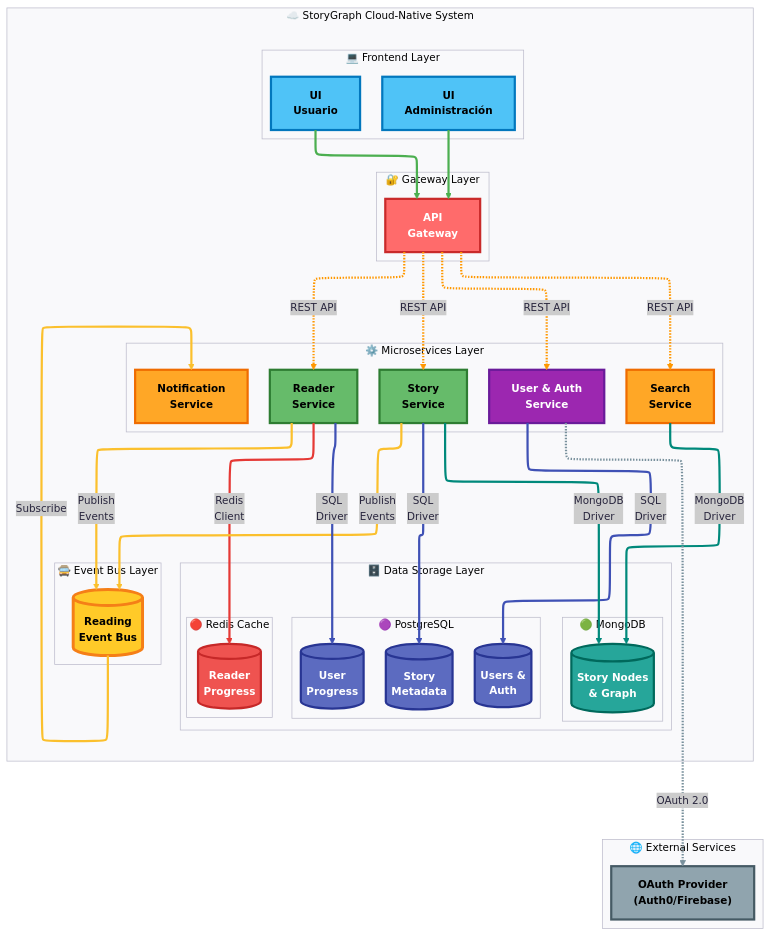
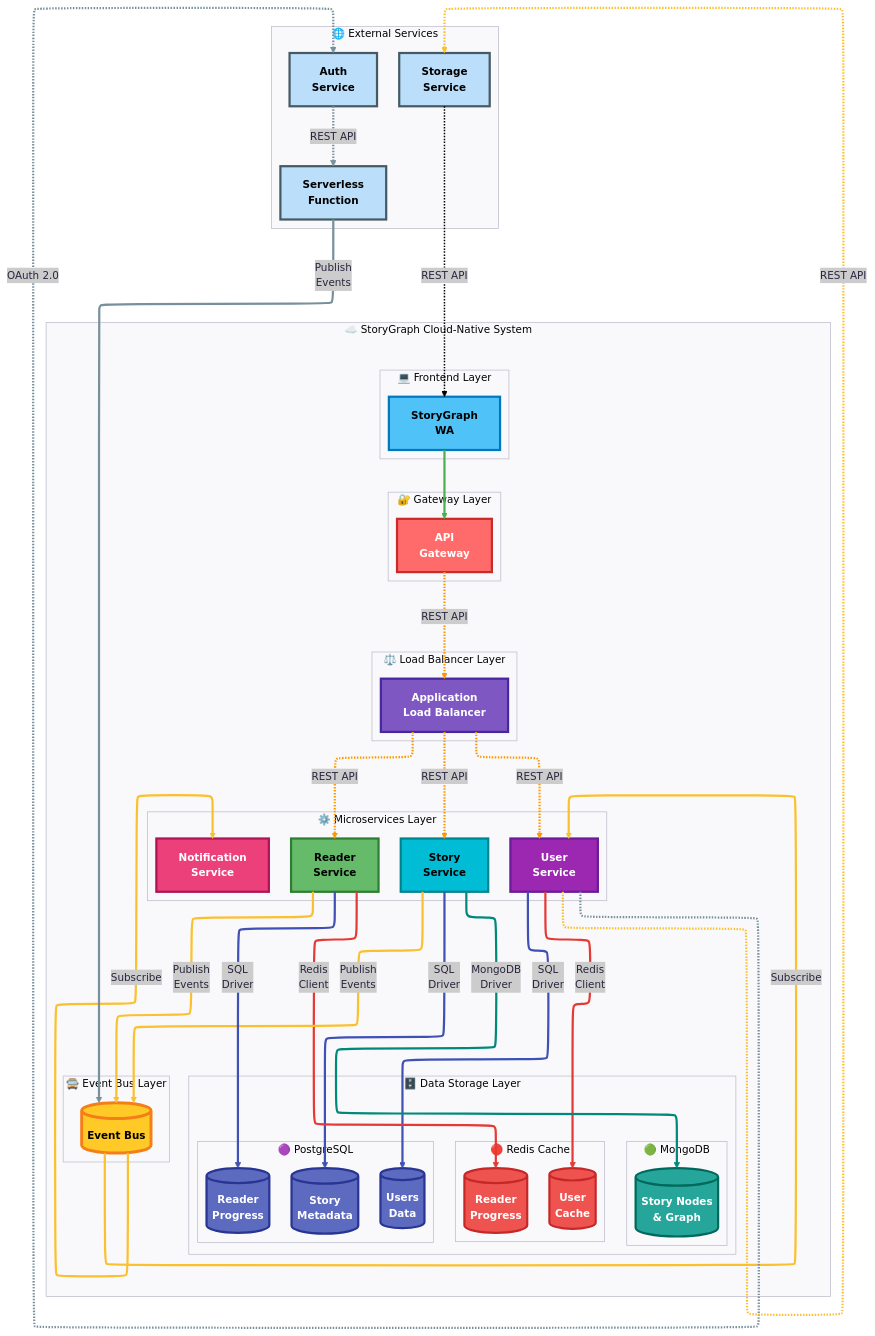
Before and after one commit to juclopezso/StoryGraph: the diagram in diagrams/C&C_CHART.mmd, drawn with Mermaid.

Commit message:
feat: udpated C&C diagram

```diff
--- a/diagrams/C&C_CHART.mmd
+++ b/diagrams/C&C_CHART.mmd
@@ -1,105 +1,125 @@
 ---
 config:
   layout: elk
   look: classic
   theme: redux
 ---
 flowchart TB
  subgraph Frontend["💻 Frontend Layer"]
-        USER["UI<br>Usuario"]
-        ADMIN["UI<br>Administración"]
+        USER["StoryGraph<br>WA"]
   end
  subgraph Gateway["🔐 Gateway Layer"]
         APIGW["API<br>Gateway"]
   end
+ subgraph LoadBalancer["⚖️ Load Balancer Layer"]
+        ALB["Application<br>Load Balancer"]
+  end
  subgraph Microservices["⚙️ Microservices Layer"]
-        PROFILE["User &amp; Auth<br>Service"]
+        PROFILE["User<br>Service"]
         STORY["Story<br>Service"]
         READER["Reader<br>Service"]
         NOTIFICATION["Notification<br>Service"]
-        SEARCH["Search<br>Service"]
   end
  subgraph BusDriver["🚍 Event Bus Layer"]
-        READING[("Reading<br>Event Bus")]
+        READING[("Event Bus")]
   end
  subgraph SQLDB["🟣 PostgreSQL"]
-        SQLAUTH[("Users &amp;<br>Auth")]
+        SQLAUTH[("Users<br>Data")]
         SQLMETA[("Story<br>Metadata")]
-        SQLPROGRESS[("User <br> Progress")]
+        SQLPROGRESS[("Reader<br> Progress")]
   end
  subgraph NoSQLDBCluster["🟢 MongoDB"]
         NoSQLSTORY[("Story Nodes<br>&amp; Graph")]
   end
  subgraph RedisCluster["🔴 Redis Cache"]
         REDISPROGRESS[("Reader<br>Progress")]
+        REDISUSER[("User<br>Cache")]
   end
  subgraph Databases["🗄️ Data Storage Layer"]
         SQLDB
         NoSQLDBCluster
         RedisCluster
   end
  subgraph Externos["🌐 External Services"]
-        OAUTH["OAuth Provider<br>(Auth0/Firebase)"]
+        OAUTH["Auth<br>Service"]
+        n2["Storage<br>Service"]
+        n3["Serverless<br>Function"]
   end
  subgraph Sistema["☁️ StoryGraph Cloud-Native System"]
         Frontend
         Gateway
+        LoadBalancer
         Microservices
         BusDriver
         Databases
   end
     USER ==> APIGW
-    ADMIN ==> APIGW
-    APIGW -. REST API .-> PROFILE & STORY & READER & SEARCH
+    APIGW -. REST API .-> ALB
+    ALB -. REST API .-> PROFILE & STORY & READER
     PROFILE -- SQL <br> Driver --> SQLAUTH
+    PROFILE -- Redis <br> Client --> REDISUSER
     STORY -- SQL <br> Driver --> SQLMETA
     STORY -- MongoDB <br> Driver --> NoSQLSTORY
     READER -- Redis <br> Client --> REDISPROGRESS
-    SEARCH -- MongoDB <br> Driver --> NoSQLSTORY
     STORY == Publish <br> Events ==> READING
     READER == Publish <br> Events ==> READING
     READING == Subscribe ==> NOTIFICATION
+    READING == Subscribe ==> PROFILE
     PROFILE -. "OAuth 2.0" .-> OAUTH
     READER -- SQL <br> Driver --> SQLPROGRESS
+    PROFILE -. REST API .-> n2
+    n3 == Publish <br> Events ==> READING
+    OAUTH -. REST API .-> n3
+    n2 -. REST API .-> USER
 
      USER:::frontend
-     ADMIN:::frontend
      APIGW:::gateway
+     ALB:::loadbalancer
      PROFILE:::authservice
-     STORY:::coreservice
+     STORY:::storyservice
      READER:::coreservice
-     NOTIFICATION:::supportservice
-     SEARCH:::supportservice
+     NOTIFICATION:::notifservice
      READING:::eventbus
      SQLAUTH:::sqldb
      SQLMETA:::sqldb
      SQLPROGRESS:::sqldb
      NoSQLSTORY:::nosqldb
      REDISPROGRESS:::redisdb
+     REDISUSER:::redisdb
      OAUTH:::external
+     n2:::external
+     n3:::external
     classDef frontend fill:#4FC3F7,stroke:#0277BD,stroke-width:3px,color:#000000,font-weight:bold
     classDef gateway fill:#FF6B6B,stroke:#C92A2A,stroke-width:3px,color:#FFFFFF,font-weight:bold
     classDef authservice fill:#9C27B0,stroke:#6A1B9A,stroke-width:3px,color:#FFFFFF,font-weight:bold
     classDef coreservice fill:#66BB6A,stroke:#2E7D32,stroke-width:3px,color:#000000,font-weight:bold
-    classDef supportservice fill:#FFA726,stroke:#EF6C00,stroke-width:3px,color:#000000,font-weight:bold
+    classDef storyservice fill:#00BCD4,stroke:#00838F,stroke-width:3px,color:#000000,font-weight:bold
+    classDef notifservice fill:#EC407A,stroke:#AD1457,stroke-width:3px,color:#FFFFFF,font-weight:bold
+    classDef loadbalancer fill:#7E57C2,stroke:#4527A0,stroke-width:3px,color:#FFFFFF,font-weight:bold
     classDef eventbus fill:#FFCA28,stroke:#F57F17,stroke-width:4px,color:#000000,font-weight:bold
     classDef sqldb fill:#5C6BC0,stroke:#283593,stroke-width:3px,color:#FFFFFF,font-weight:bold
     classDef nosqldb fill:#26A69A,stroke:#00695C,stroke-width:3px,color:#FFFFFF,font-weight:bold
     classDef redisdb fill:#EF5350,stroke:#C62828,stroke-width:3px,color:#FFFFFF,font-weight:bold
     classDef external fill:#90A4AE,stroke:#455A64,stroke-width:3px,color:#000000,font-weight:bold
+    style OAUTH fill:#BBDEFB
+    style n2 fill:#BBDEFB
+    style n3 fill:#BBDEFB
     linkStyle 0 stroke:#4CAF50,stroke-width:3px,color:#000000,fill:none
-    linkStyle 1 stroke:#4CAF50,stroke-width:3px,color:#000000,fill:none
+    linkStyle 1 stroke:#FF9800,stroke-width:3px,fill:none
     linkStyle 2 stroke:#FF9800,stroke-width:3px,fill:none
     linkStyle 3 stroke:#FF9800,stroke-width:3px,fill:none
     linkStyle 4 stroke:#FF9800,stroke-width:3px,fill:none
-    linkStyle 5 stroke:#FF9800,stroke-width:3px,fill:none
-    linkStyle 6 stroke:#3F51B5,stroke-width:3px,fill:none
+    linkStyle 5 stroke:#3F51B5,stroke-width:3px,fill:none
+    linkStyle 6 stroke:#E53935,stroke-width:3px,fill:none
     linkStyle 7 stroke:#3F51B5,stroke-width:3px,fill:none
     linkStyle 8 stroke:#00897B,stroke-width:3px,fill:none
     linkStyle 9 stroke:#E53935,stroke-width:3px,fill:none
-    linkStyle 10 stroke:#00897B,stroke-width:3px,fill:none
+    linkStyle 10 stroke:#FBC02D,stroke-width:3px,fill:none
     linkStyle 11 stroke:#FBC02D,stroke-width:3px,fill:none
     linkStyle 12 stroke:#FBC02D,stroke-width:3px,fill:none
     linkStyle 13 stroke:#FBC02D,stroke-width:3px,fill:none
     linkStyle 14 stroke:#78909C,stroke-width:3px,fill:none
     linkStyle 15 stroke:#3F51B5,stroke-width:3px,fill:none
+    linkStyle 16 stroke:#FBC02D,stroke-width:3px,fill:none
+    linkStyle 17 stroke:#78909C,stroke-width:3px,fill:none
+    linkStyle 18 stroke:#78909C,stroke-width:3px,fill:none
```
